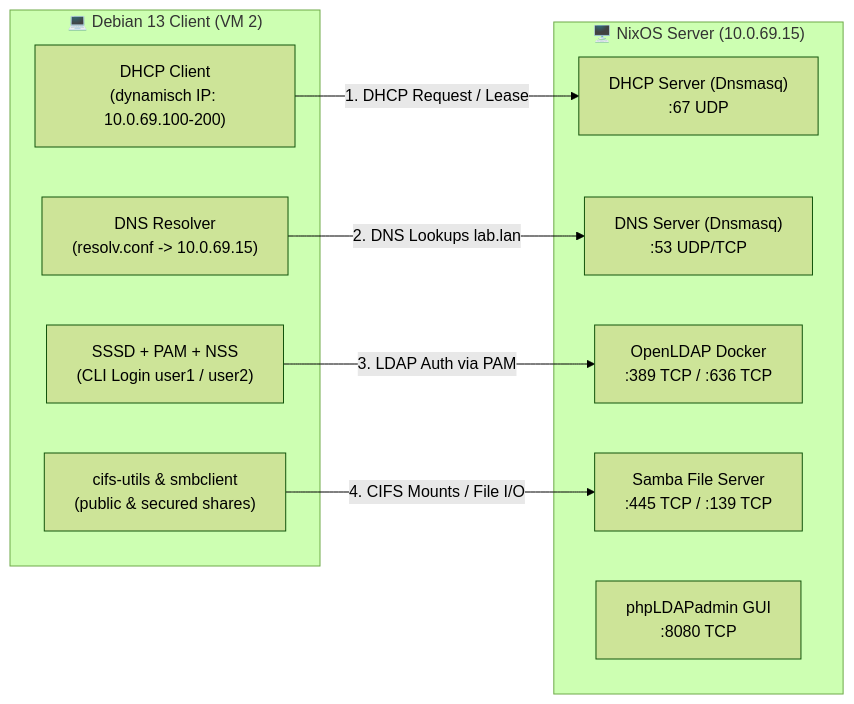
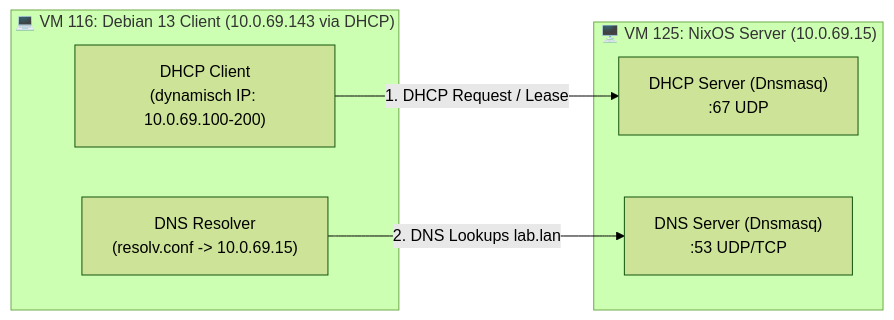
Before and after one commit to stijn-rombouts/LinuxNetworkServices-LearningGoals: the diagram in DEBIAN_CLIENT_TESTING_GUIDE.md, drawn with Mermaid (forest theme). The commit also changed other lines of this file and 11 other files, not shown here.

````diff
--- a/DEBIAN_CLIENT_TESTING_GUIDE.md
+++ b/DEBIAN_CLIENT_TESTING_GUIDE.md
@@ -9,22 +6,16 @@
 ```mermaid
 flowchart LR
-    subgraph Server["🖥️ NixOS Server (10.0.69.15)"]
+    subgraph Server["🖥️ VM 125: NixOS Server (10.0.69.15)"]
         DHCP["DHCP Server (Dnsmasq)\n:67 UDP"]
         DNS["DNS Server (Dnsmasq)\n:53 UDP/TCP"]
-        LDAP["OpenLDAP Docker\n:389 TCP / :636 TCP"]
-        SMB["Samba File Server\n:445 TCP / :139 TCP"]
-        PLA["phpLDAPadmin GUI\n:8080 TCP"]
     end
 
-    subgraph Client["💻 Debian 13 Client (VM 2)"]
+    subgraph Client["💻 VM 116: Debian 13 Client (10.0.69.143 via DHCP)"]
         DHCPC["DHCP Client\n(dynamisch IP: 10.0.69.100-200)"]
         DNSC["DNS Resolver\n(resolv.conf -> 10.0.69.15)"]
-        SSSD["SSSD + PAM + NSS\n(CLI Login user1 / user2)"]
-        SMBC["cifs-utils & smbclient\n(public & secured shares)"]
+
     end
 
     DHCPC -->|1. DHCP Request / Lease| DHCP
     DNSC -->|2. DNS Lookups lab.lan| DNS
-    SSSD -->|3. LDAP Auth via PAM| LDAP
-    SMBC -->|4. CIFS Mounts / File I/O| SMB
 ```
````
